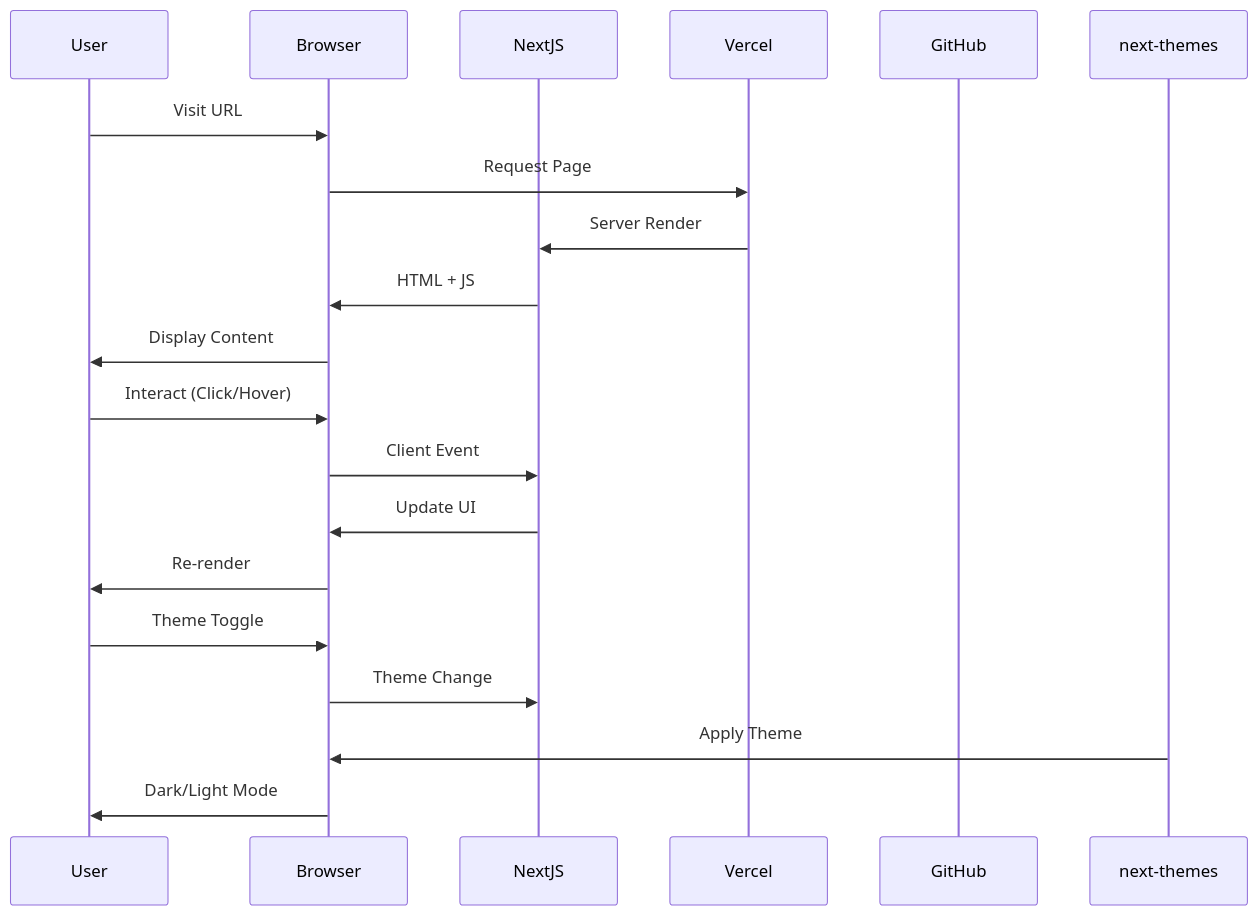
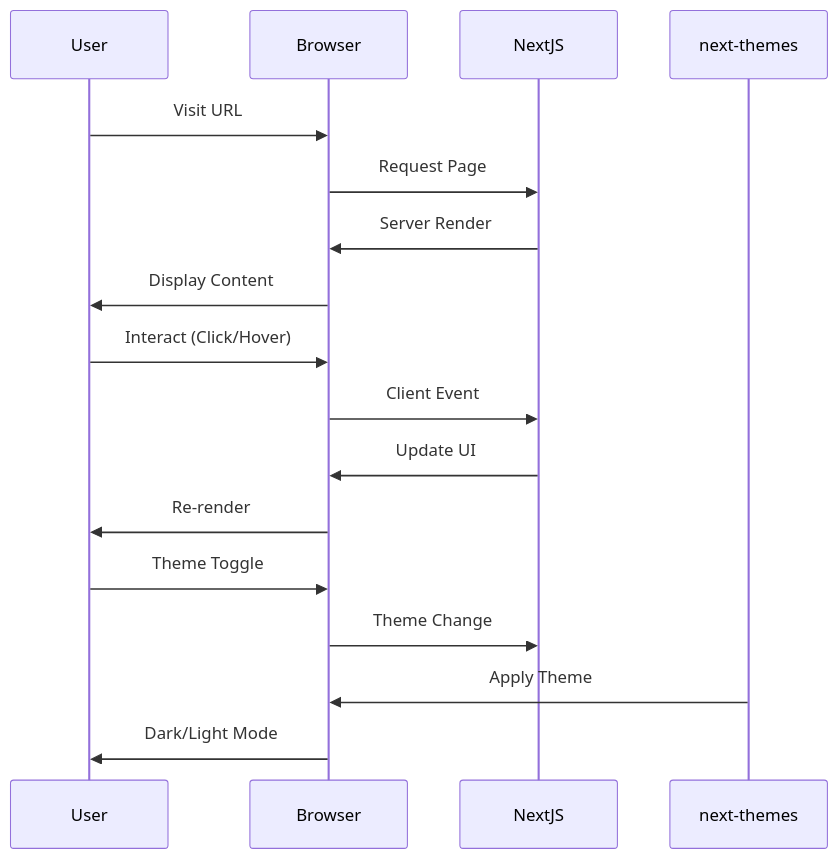
Before and after one commit to girishlade111/minimalist-profile-cards: the second of 2 diagrams in README.md, drawn with Mermaid. The commit also changed other lines of this file and 2 other files, not shown here.

Commit message:
Remove v0 and Vercel branding, update project name

````diff
--- a/README.md
+++ b/README.md
@@ -148,24 +127,21 @@
 ```mermaid
 sequenceDiagram
     participant User
     participant Browser
     participant NextJS
-    participant Vercel
-    participant GitHub
 
     User->>Browser: Visit URL
-    Browser->>Vercel: Request Page
-    Vercel->>NextJS: Server Render
-    NextJS->>Browser: HTML + JS
+    Browser->>NextJS: Request Page
+    NextJS->>Browser: Server Render
     Browser->>User: Display Content
     
     User->>Browser: Interact (Click/Hover)
     Browser->>NextJS: Client Event
     NextJS->>Browser: Update UI
     Browser->>User: Re-render
     
     User->>Browser: Theme Toggle
     Browser->>NextJS: Theme Change
     next-themes->>Browser: Apply Theme
     Browser->>User: Dark/Light Mode
 ```
````
